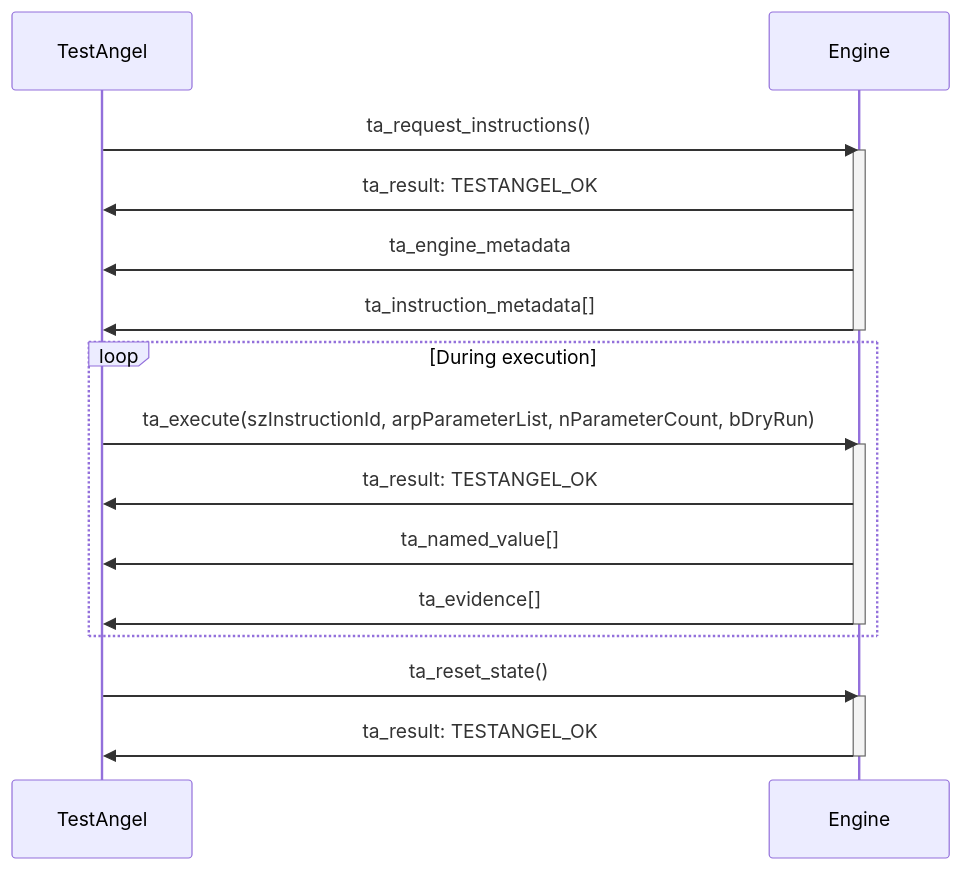
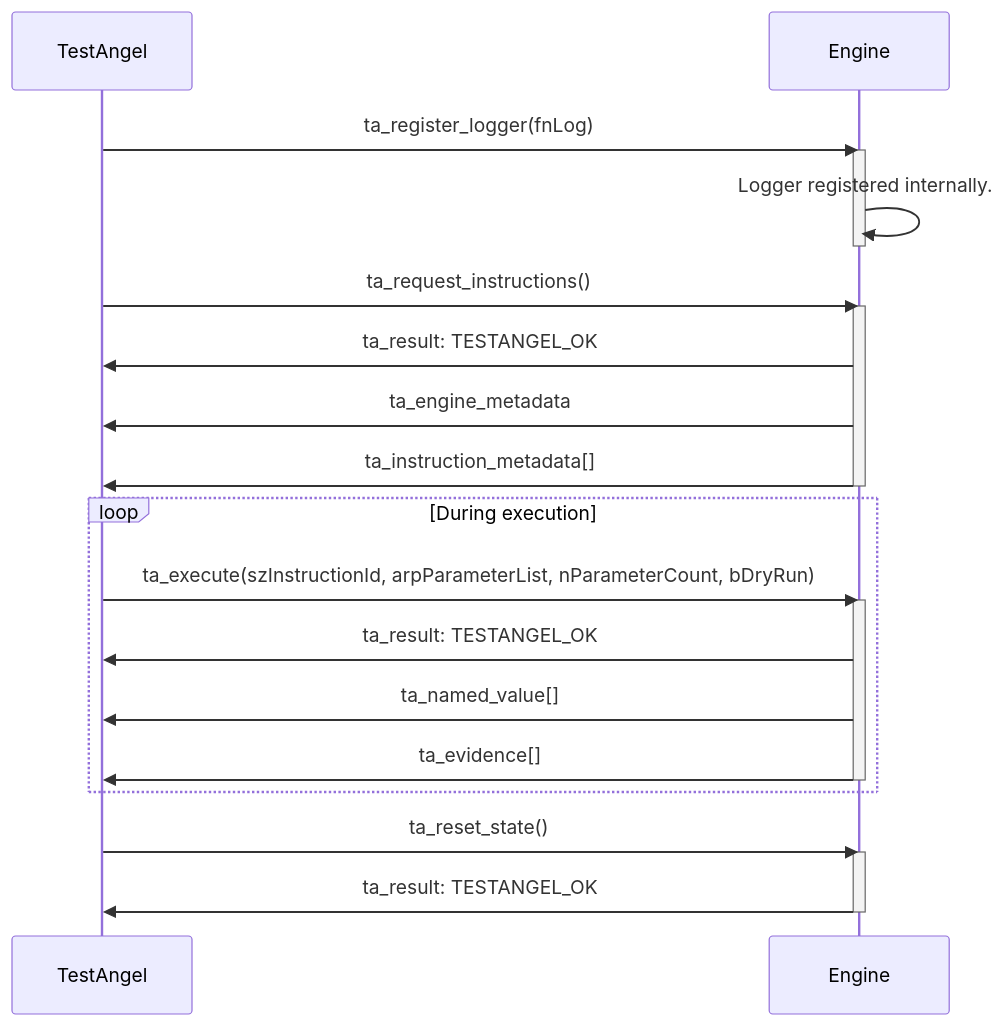
Before and after one commit to lilopkins/testangel: the diagram in README.md, drawn with Mermaid. The commit also changed 15 other files, not shown here.

````diff
--- a/README.md
+++ b/README.md
@@ -54,23 +54,28 @@
 ```mermaid
 sequenceDiagram
+    TestAngel->>Engine: ta_register_logger(fnLog)
+    activate Engine
+    Engine->>Engine: Logger registered internally.
+    deactivate Engine
+
     TestAngel->>Engine: ta_request_instructions()
     activate Engine
     Engine->>TestAngel: ta_result: TESTANGEL_OK
     Engine->>TestAngel: ta_engine_metadata
     Engine->>TestAngel: ta_instruction_metadata[]
     deactivate Engine
 
     loop During execution
         TestAngel->>Engine: ta_execute(szInstructionId, arpParameterList, nParameterCount, bDryRun)
         activate Engine
         Engine->>TestAngel: ta_result: TESTANGEL_OK
         Engine->>TestAngel: ta_named_value[]
         Engine->>TestAngel: ta_evidence[]
         deactivate Engine
     end
 
     TestAngel->>Engine: ta_reset_state()
     activate Engine
     Engine->>TestAngel: ta_result: TESTANGEL_OK
     deactivate Engine
 ```
````
